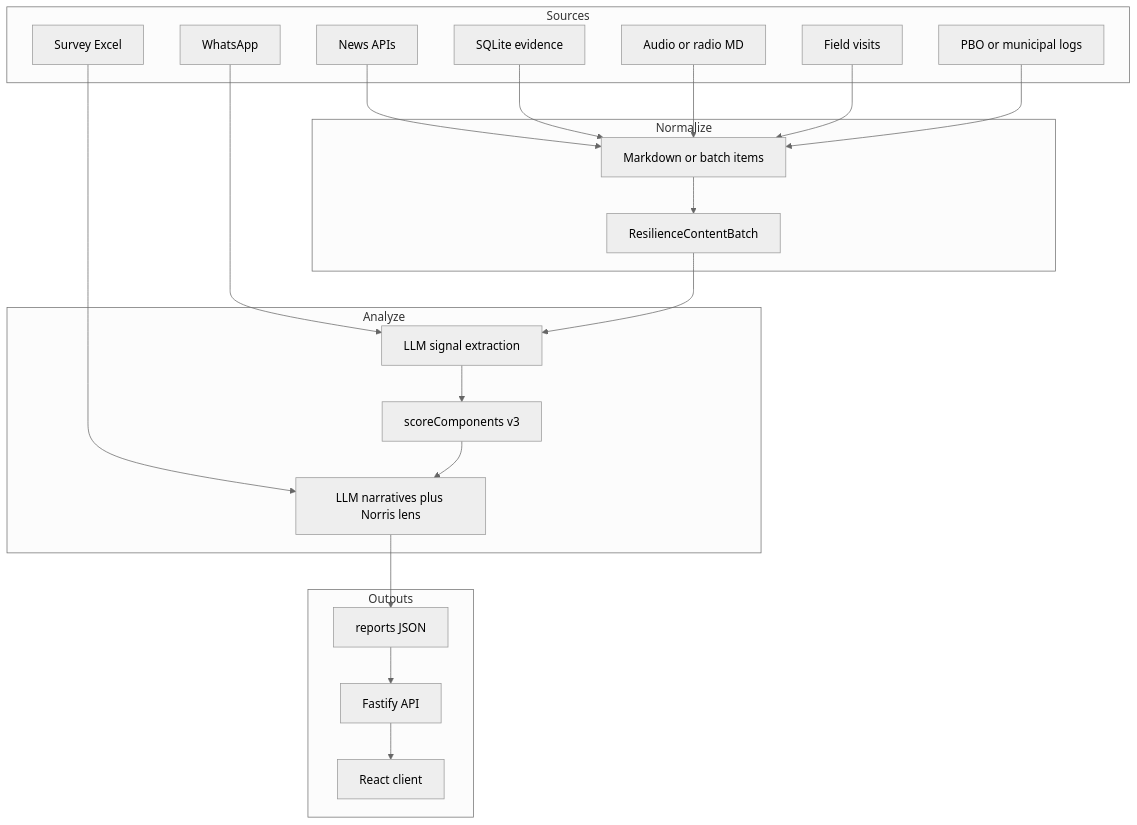
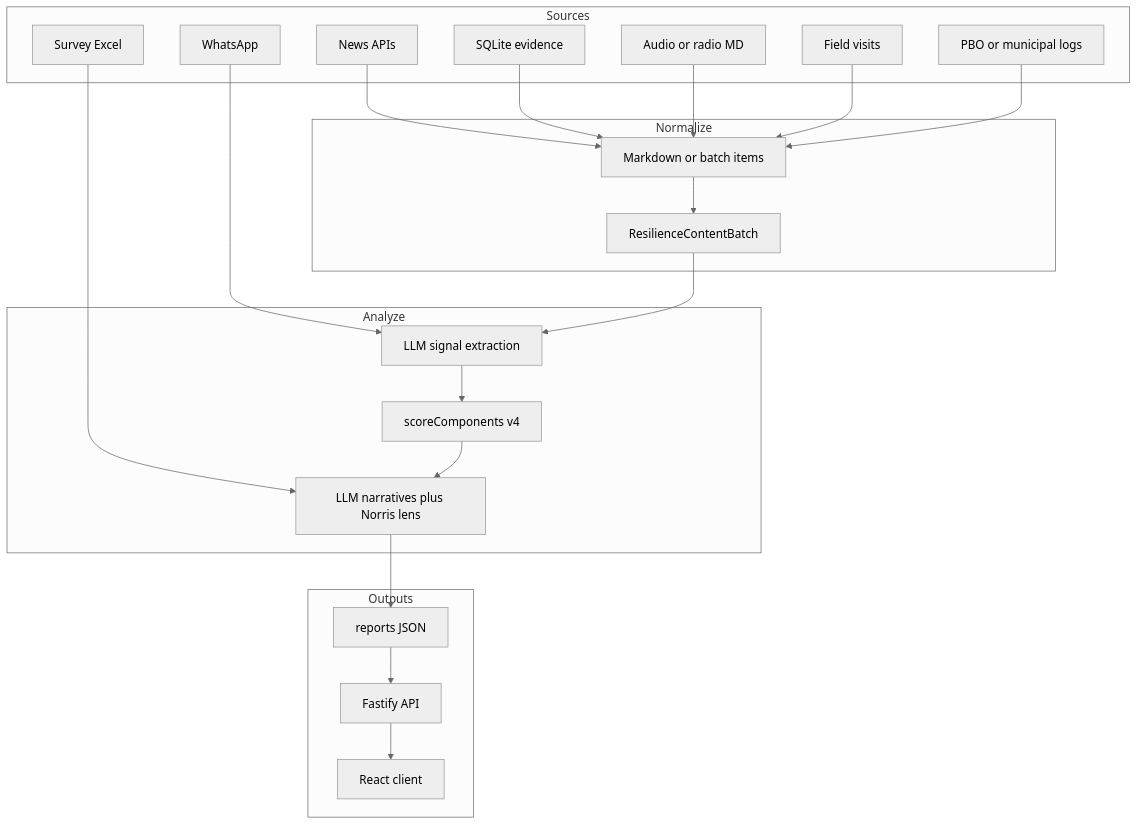
The first of 2 diagrams in docs/reviews/application-architecture-and-analysis-deep-dive.md (anatolyZader/news-fetch), drawn with Mermaid (neutral theme) before and after one commit. The commit also changed other lines of this file and 10 other files, not shown here.

````diff
--- a/docs/reviews/application-architecture-and-analysis-deep-dive.md
+++ b/docs/reviews/application-architecture-and-analysis-deep-dive.md
@@ -50,40 +50,40 @@
 ```mermaid
 flowchart TB
   subgraph sources [Sources]
     news[News APIs]
     db[SQLite evidence]
     wa[WhatsApp]
     audio[Audio or radio MD]
     visits[Field visits]
     pbo[PBO or municipal logs]
     survey[Survey Excel]
   end
   subgraph normalize [Normalize]
     md[Markdown or batch items]
     batch[ResilienceContentBatch]
   end
   subgraph analyze [Analyze]
     ext[LLM signal extraction]
-    score[scoreComponents v3]
+    score[scoreComponents v4]
     narr[LLM narratives plus Norris lens]
   end
   subgraph out [Outputs]
     json[reports JSON]
     api[Fastify API]
     ui[React client]
   end
   news --> md
   db --> md
   audio --> md
   visits --> md
   pbo --> md
   md --> batch
   wa --> ext
   survey --> narr
   batch --> ext
   ext --> score
   score --> narr
   narr --> json
   json --> api
   api --> ui
 ```
````
